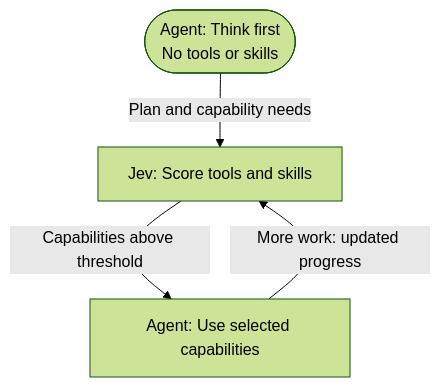
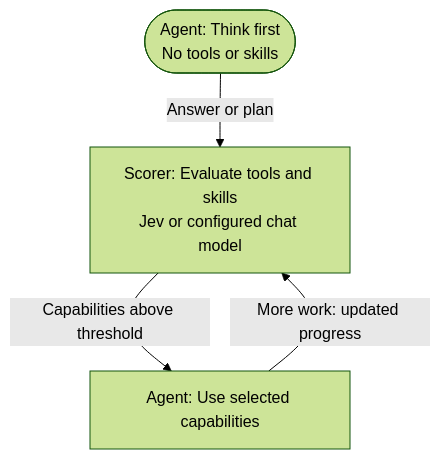
Before and after one commit to RickT34/dsh-just-enough-tools: the diagram in README.md, drawn with Mermaid (forest theme). The commit also changed other lines of this file and 9 other files, not shown here.

````diff
--- a/README.md
+++ b/README.md
@@ -25,6 +20,6 @@
 ```mermaid
 flowchart TD
-    A(["Agent: Think first<br/>No tools or skills"]) -->|Plan and capability needs| B["Jev: Score tools and skills"]
+    A(["Agent: Think first<br/>No tools or skills"]) -->|Answer or plan| B["Scorer: Evaluate tools and skills<br/>Jev or configured chat model"]
     B -->|Capabilities above threshold| C["Agent: Use selected capabilities"]
     C -->|More work: updated progress| B
 ```
````
